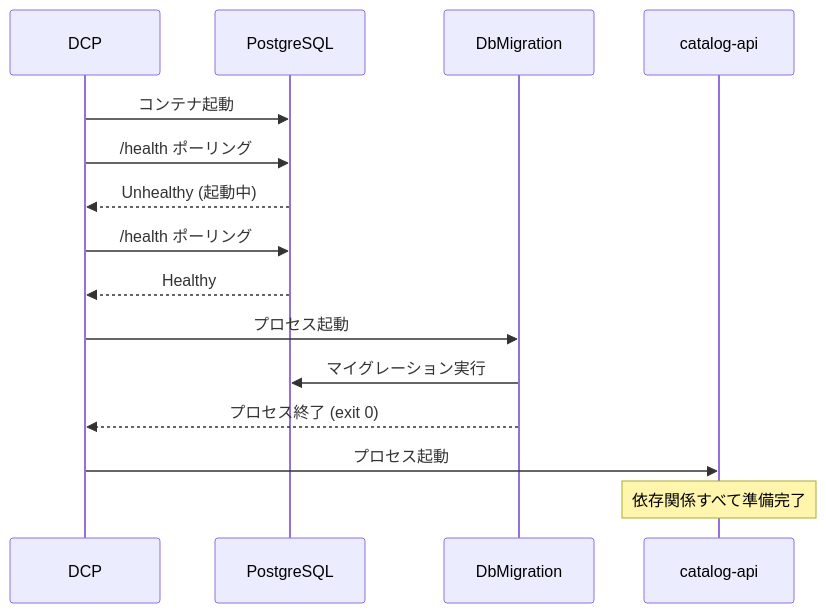
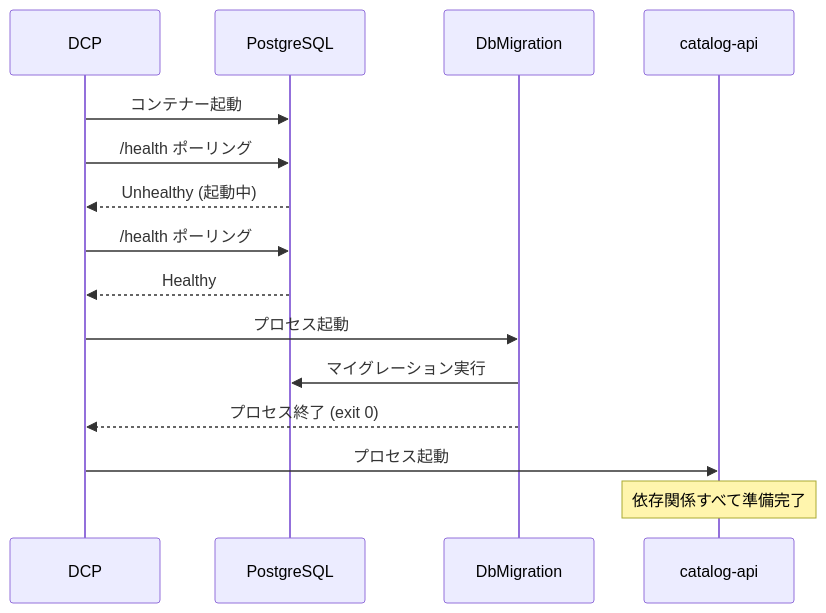
Diagram 13 of 18 in content/blog/ja/dotnet-aspire.mdx (yoichiozaki/yoichiozaki.github.io), drawn with Mermaid before and after one commit. The commit also changed other lines of this file and 117 other files, not shown here.

````diff
--- a/content/blog/ja/dotnet-aspire.mdx
+++ b/content/blog/ja/dotnet-aspire.mdx
@@ -800,18 +800,18 @@
 ```mermaid
 sequenceDiagram
     participant DCP
     participant PG as PostgreSQL
     participant Migration as DbMigration
     participant API as catalog-api
 
-    DCP->>PG: コンテナ起動
+    DCP->>PG: コンテナー起動
     DCP->>PG: /health ポーリング
     PG-->>DCP: Unhealthy (起動中)
     DCP->>PG: /health ポーリング
     PG-->>DCP: Healthy
     DCP->>Migration: プロセス起動
     Migration->>PG: マイグレーション実行
     Migration-->>DCP: プロセス終了 (exit 0)
     DCP->>API: プロセス起動
     Note over API: 依存関係すべて準備完了
 ```
````
